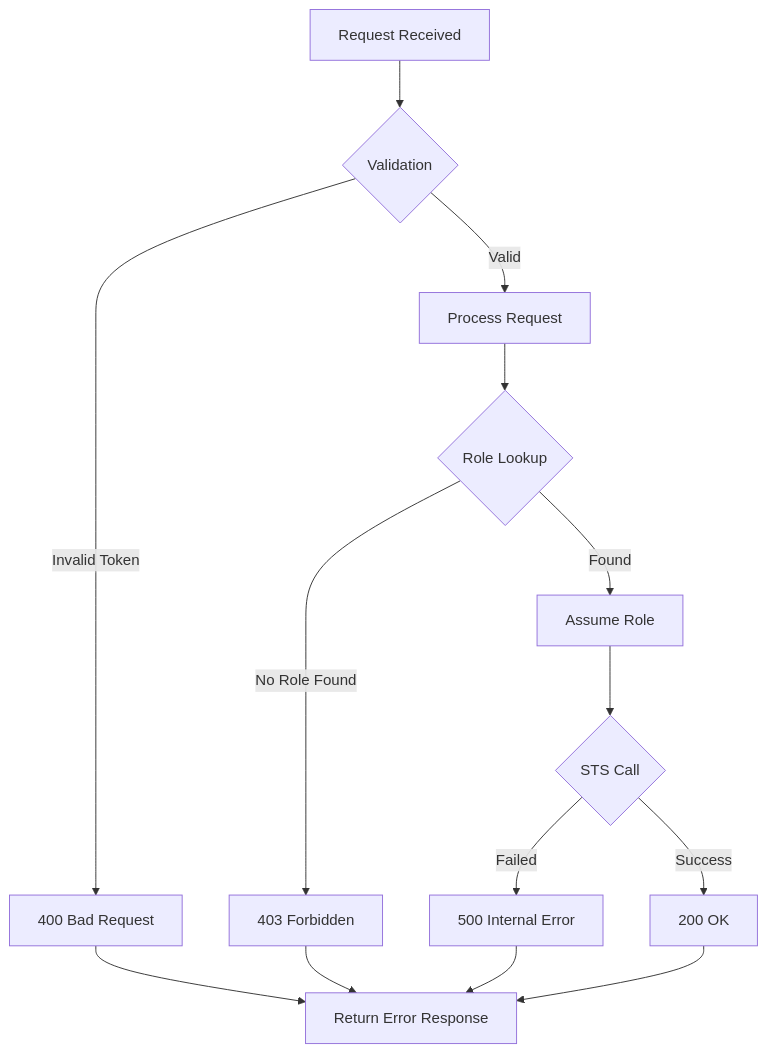
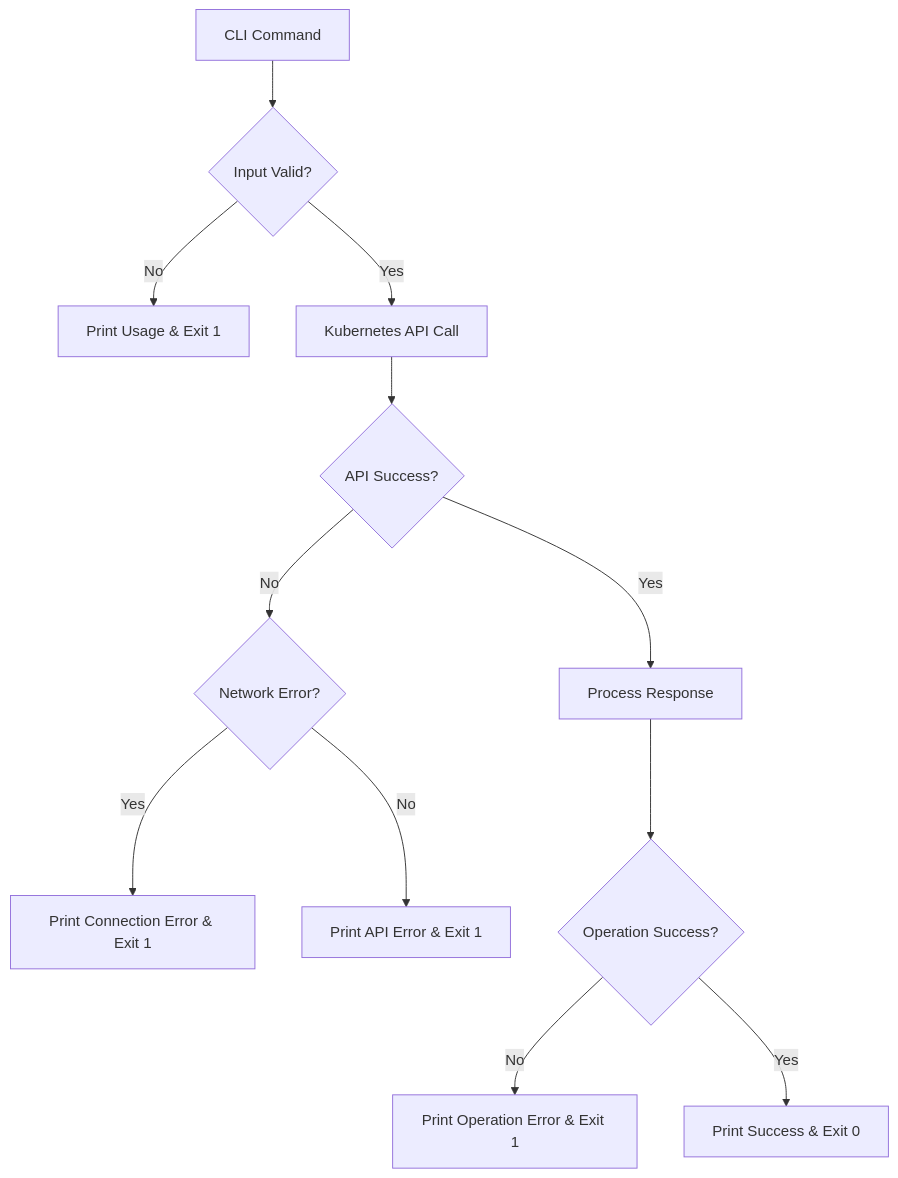
Before and after one commit to plasticity-of-cloud/express-compute-control-plane: the ninth of 14 diagrams in .agents/summary/workflows.md, drawn with Mermaid. The commit also changed other lines of this file and 23 other files, not shown here.

````diff
--- a/.agents/summary/workflows.md
+++ b/.agents/summary/workflows.md
@@ -156,19 +274,16 @@
 ```mermaid
-graph TB
-    A[Request Received] --> B{Validation}
-    B -->|Invalid Token| C[400 Bad Request]
-    B -->|Valid| D[Process Request]
+graph TD
+    A[CLI Command] --> B{Input Valid?}
+    B -->|No| C[Print Usage & Exit 1]
+    B -->|Yes| D[Kubernetes API Call]
     
-    D --> E{Role Lookup}
-    E -->|No Role Found| F[403 Forbidden]
-    E -->|Found| G[Assume Role]
+    D --> E{API Success?}
+    E -->|No| F{Network Error?}
+    F -->|Yes| G[Print Connection Error & Exit 1]
+    F -->|No| H[Print API Error & Exit 1]
+    E -->|Yes| I[Process Response]
     
-    G --> H{STS Call}
-    H -->|Failed| I[500 Internal Error]
-    H -->|Success| J[200 OK]
-    
-    C --> K[Return Error Response]
-    F --> K
-    I --> K
-    J --> K
+    I --> J{Operation Success?}
+    J -->|No| K[Print Operation Error & Exit 1]
+    J -->|Yes| L[Print Success & Exit 0]
 ```
````
